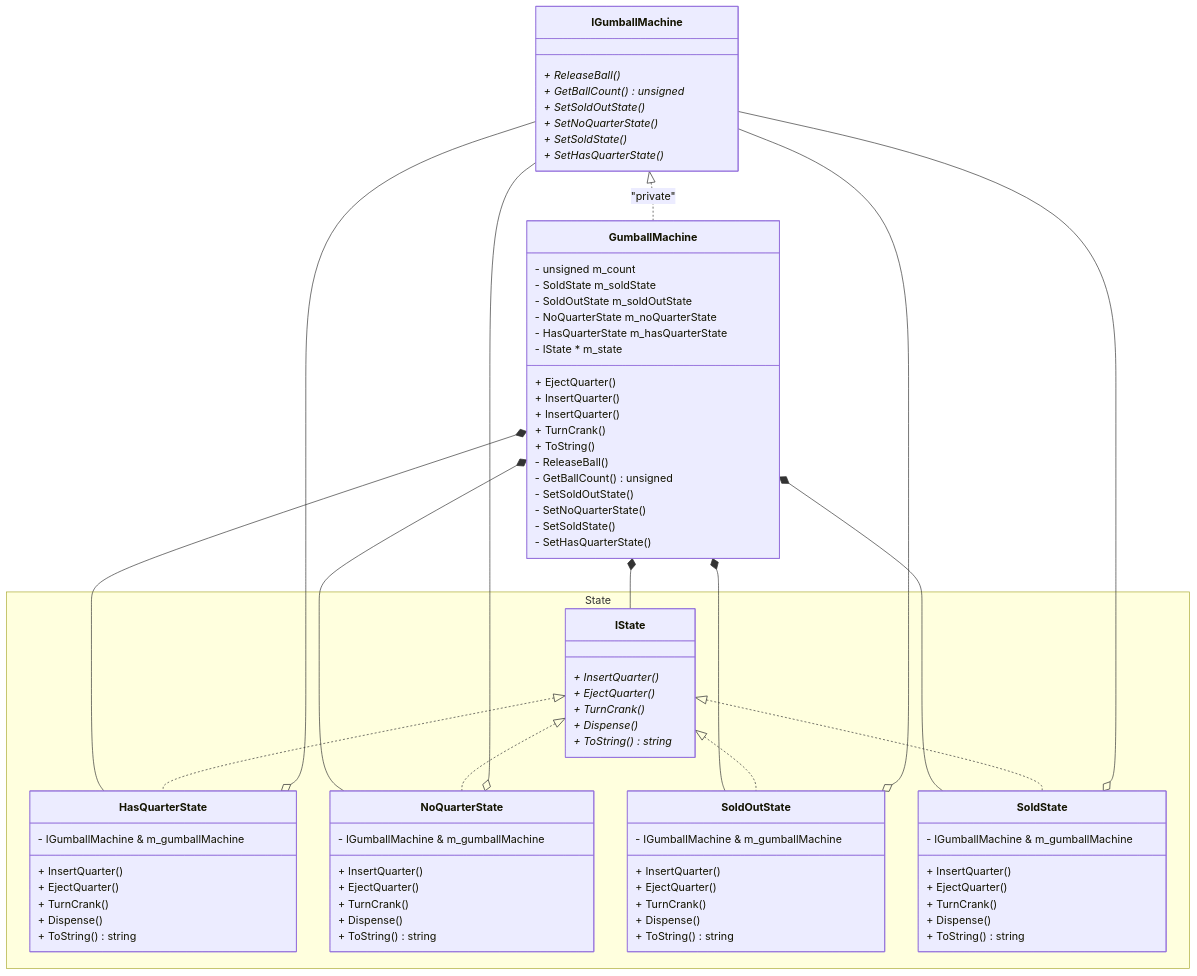
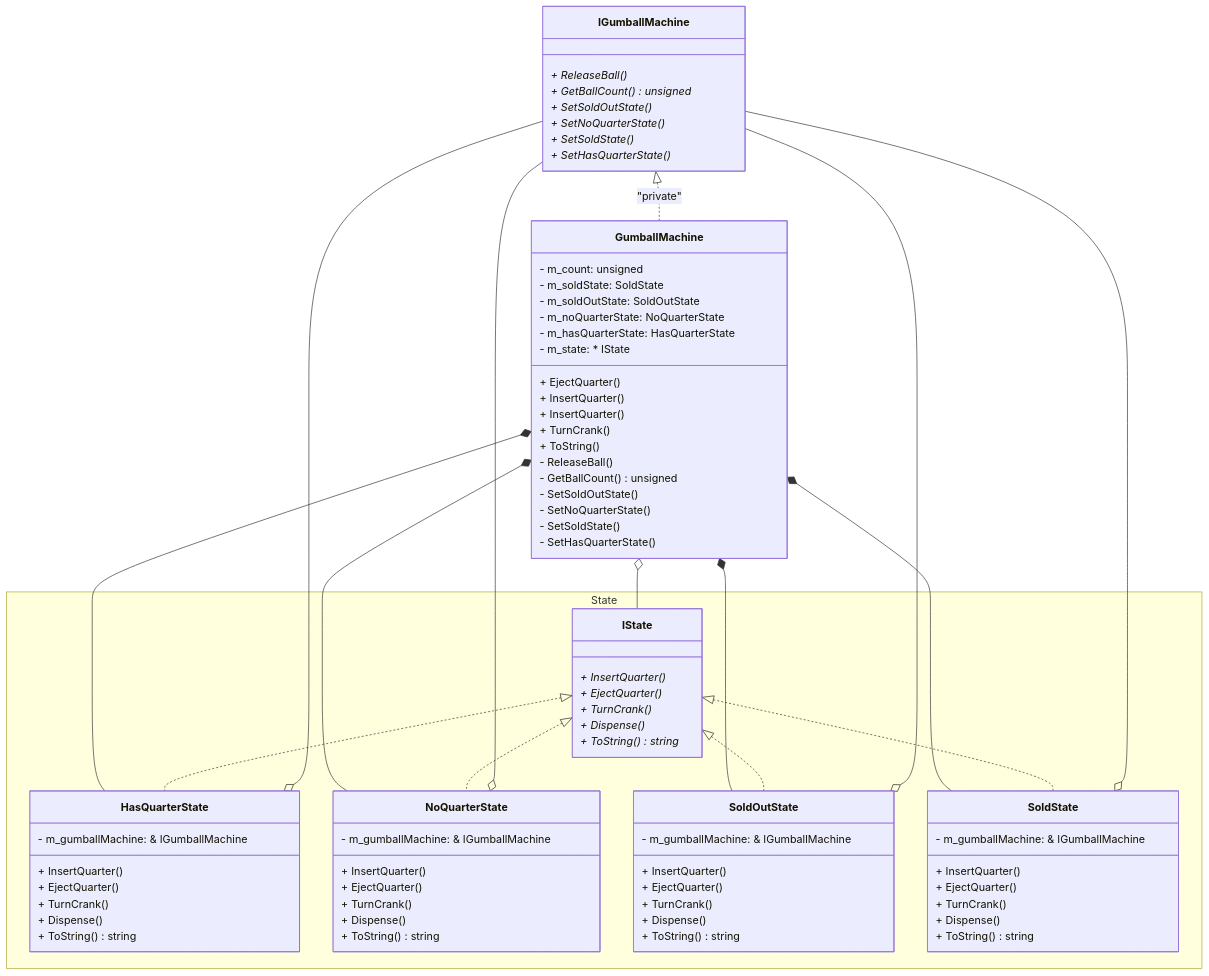
One commit to 555Jeka555/OOD-labs changed the diagram in lab8/docs.md. Above: the diagram before and after it, drawn with Mermaid.

Commit message:
Исправил диаграмму

````diff
--- a/lab8/docs.md
+++ b/lab8/docs.md
@@ -1,7 +1,7 @@
 ```mermaid
 classDiagram
     IGumballMachine <|.. GumballMachine : "private"
-    GumballMachine *-- IState
+    GumballMachine o-- IState
     GumballMachine *-- HasQuarterState
     GumballMachine *-- NoQuarterState
     GumballMachine *-- SoldOutState
@@ -29,12 +29,12 @@
         - SetSoldState()
         - SetHasQuarterState()
 
-        - unsigned m_count
-        - SoldState m_soldState
-        - SoldOutState m_soldOutState
-        - NoQuarterState m_noQuarterState
-        - HasQuarterState m_hasQuarterState
-        - IState * m_state
+        - m_count: unsigned 
+        - m_soldState: SoldState 
+        - m_soldOutState: SoldOutState
+        - m_noQuarterState: NoQuarterState
+        - m_hasQuarterState: HasQuarterState
+        - m_state: * IState
     }
 
     IState <|.. HasQuarterState
@@ -63,7 +63,7 @@
             + Dispense()
             + ToString() string
 
-            - IGumballMachine & m_gumballMachine
+            - m_gumballMachine: & IGumballMachine
         }
 
         class NoQuarterState {
@@ -73,7 +73,7 @@
             + Dispense()
             + ToString() string
 
-            - IGumballMachine & m_gumballMachine
+            - m_gumballMachine: & IGumballMachine
         }
 
         class SoldOutState {
@@ -83,7 +83,7 @@
             + Dispense()
             + ToString() string
 
-            - IGumballMachine & m_gumballMachine
+            - m_gumballMachine: & IGumballMachine
         }
 
         class SoldState {
@@ -93,7 +93,7 @@
             + Dispense()
             + ToString() string
 
-            - IGumballMachine & m_gumballMachine
+            - m_gumballMachine: & IGumballMachine
         }
     }
 ```
````
